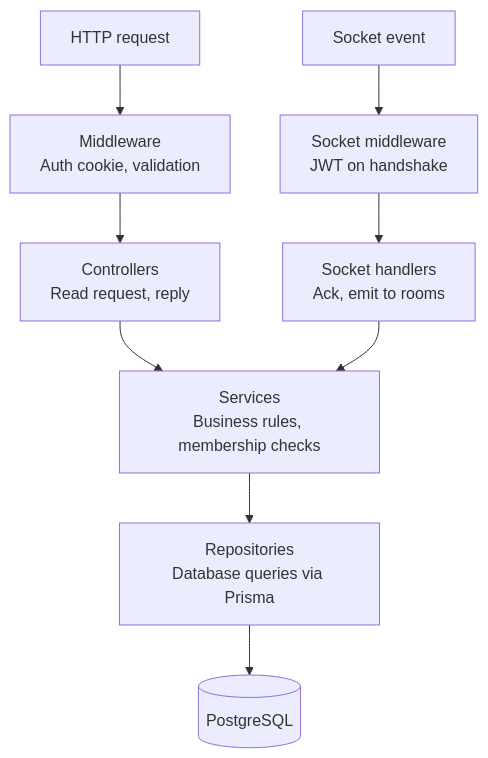
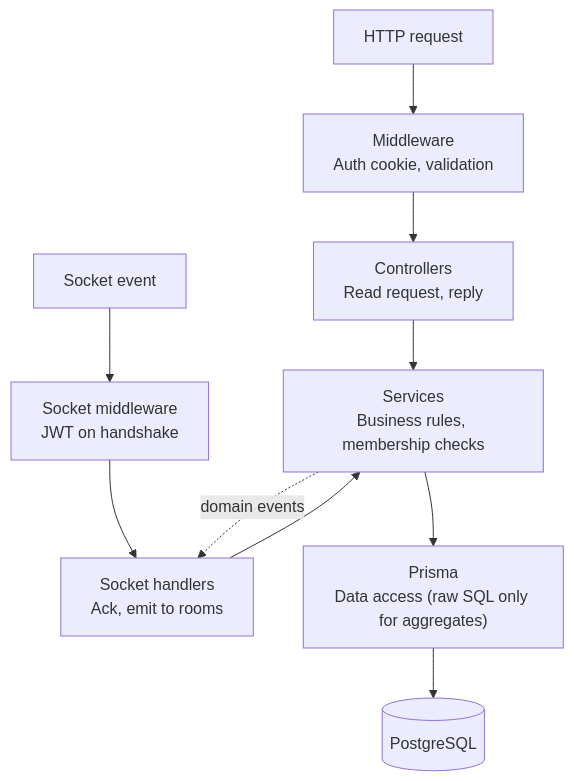
One commit to kengeene/cic_chat_app changed the second of 5 diagrams in docs/ARCHITECTURE.md. Above: the diagram before and after it, drawn with Mermaid. The commit also changed other lines of this file and 104 other files, not shown here.

````diff
--- a/docs/ARCHITECTURE.md
+++ b/docs/ARCHITECTURE.md
@@ -31,8 +31,9 @@
 ```mermaid
 flowchart TB
   H["HTTP request"] --> MW["Middleware<br/>Auth cookie, validation"] --> C["Controllers<br/>Read request, reply"]
   S["Socket event"] --> SMW["Socket middleware<br/>JWT on handshake"] --> SH["Socket handlers<br/>Ack, emit to rooms"]
   C --> SV["Services<br/>Business rules, membership checks"]
   SH --> SV
-  SV --> R["Repositories<br/>Database queries via Prisma"] --> PG[("PostgreSQL")]
+  SV --> P["Prisma<br/>Data access (raw SQL only for aggregates)"] --> PG[("PostgreSQL")]
+  SV -. "domain events" .-> SH
 ```
````
